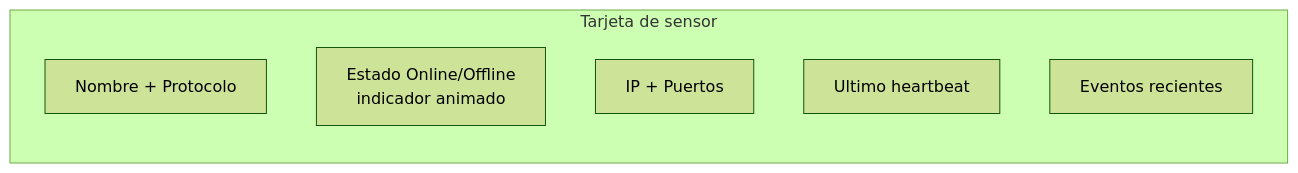
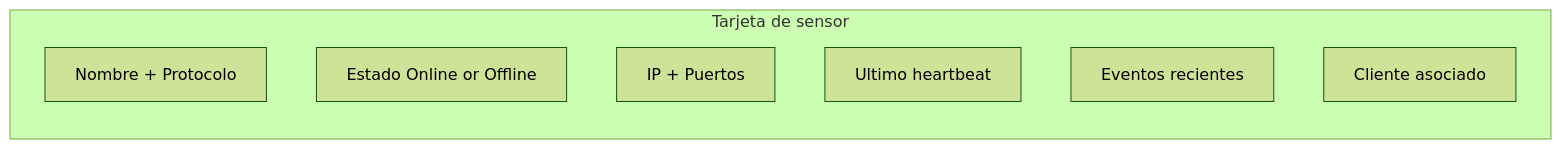
The third of 3 diagrams in apps/docs/src/content/docs/services/sensors.md (elrichi31/honeypot-ai), drawn with Mermaid (forest theme) before and after one commit. The commit also changed other lines of this file and 23 other files, not shown here.

````diff
--- a/apps/docs/src/content/docs/services/sensors.md
+++ b/apps/docs/src/content/docs/services/sensors.md
@@ -96,10 +123,11 @@
 ```mermaid
 graph LR
     subgraph "Tarjeta de sensor"
         N[Nombre + Protocolo]
-        S[Estado Online/Offline\nindicador animado]
+        S[Estado Online or Offline]
         IP[IP + Puertos]
         TS[Ultimo heartbeat]
         EC[Eventos recientes]
+        CL[Cliente asociado]
     end
 ```
````
